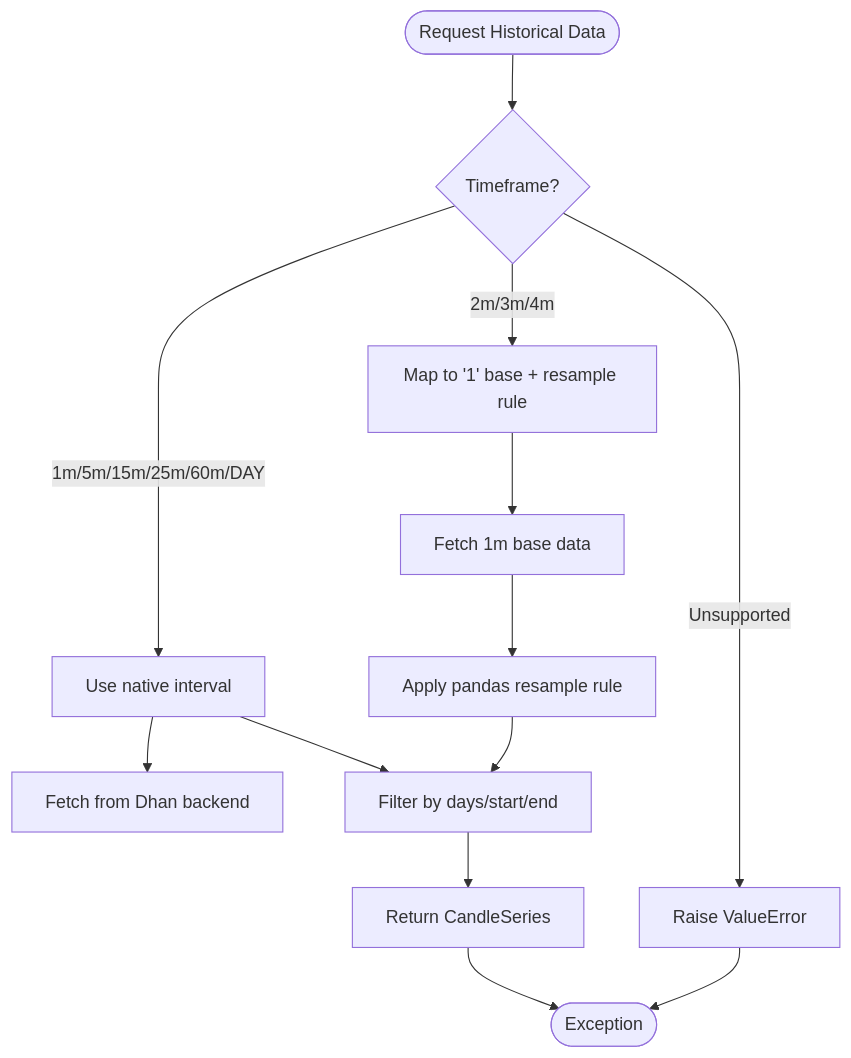
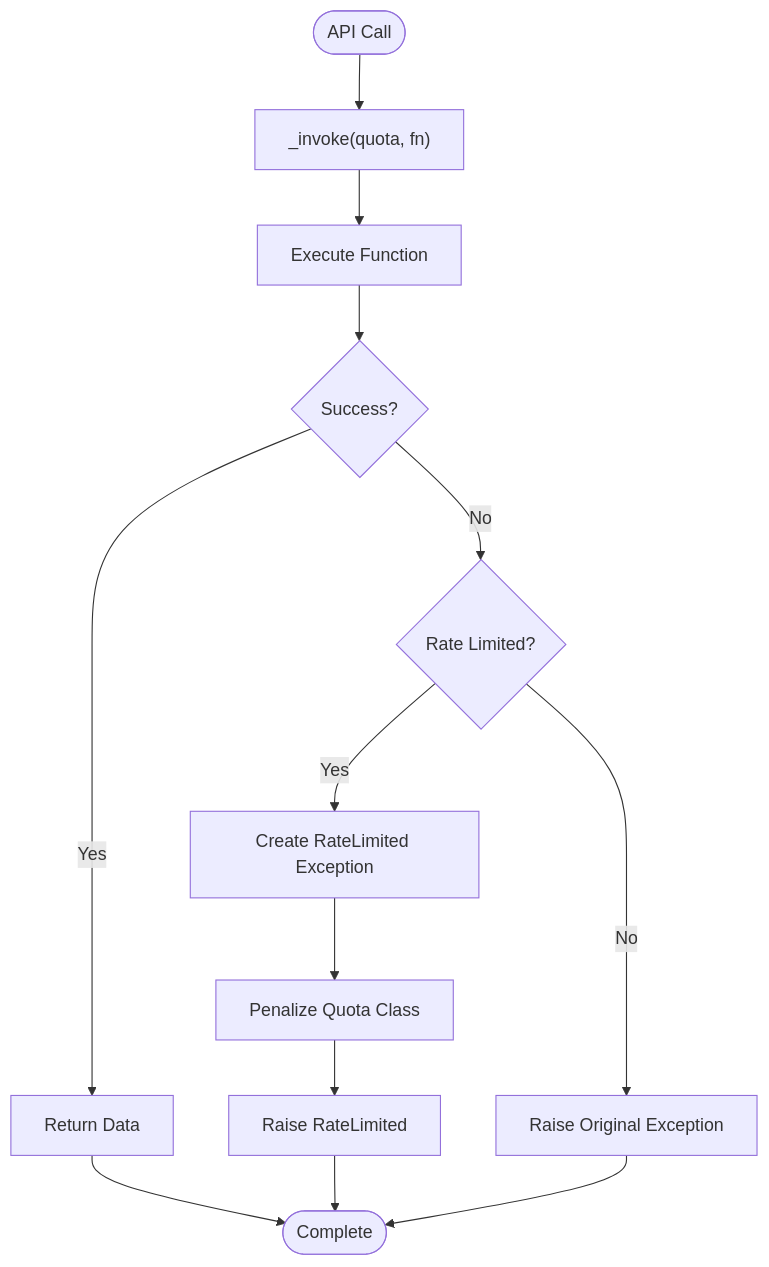
One commit to Ganesh-Kusundal/nTrade changed the fifth of 17 diagrams in .qoder/repowiki/en/content/Broker Integration/Dhan Broker Implementation.md. Above: the diagram before and after it, drawn with Mermaid. The commit also changed other lines of this file and 2201 other files, not shown here.

Commit message:
Integrate completeness: live runner hardening, broker adapter layers, rate-limiting infrastructure, data pipeline (parquet OHLCV + ingestion scripts), contract testing framework, options analytics, and updated architecture/knowledge docs

````diff
--- a/.qoder/repowiki/en/content/Broker Integration/Dhan Broker Implementation.md
+++ b/.qoder/repowiki/en/content/Broker Integration/Dhan Broker Implementation.md
@@ -198,15 +275,15 @@
 ```mermaid
 flowchart TD
-Start(["Request Historical Data"]) --> CheckTF{"Timeframe?"}
-CheckTF --> |1m/5m/15m/25m/60m/DAY| Native["Use native interval"]
-CheckTF --> |2m/3m/4m| Resample["Map to '1' base + resample rule"]
-CheckTF --> |Unsupported| Error["Raise ValueError"]
-Native --> Fetch["Fetch from Dhan backend"]
-Resample --> Fetch1m["Fetch 1m base data"]
-Fetch1m --> ResampleDF["Apply pandas resample rule"]
-ResampleDF --> Filter["Filter by days/start/end"]
-Native --> Filter
-Filter --> Return["Return CandleSeries"]
-Error --> End(["Exception"])
-Return --> End
+Start(["API Call"]) --> Invoke["_invoke(quota, fn)"]
+Invoke --> Execute["Execute Function"]
+Execute --> Success{"Success?"}
+Success --> |Yes| ReturnData["Return Data"]
+Success --> |No| CheckRateLimit{"Rate Limited?"}
+CheckRateLimit --> |Yes| CreateRL["Create RateLimited Exception"]
+CreateRL --> Penalize["Penalize Quota Class"]
+Penalize --> RaiseRL["Raise RateLimited"]
+CheckRateLimit --> |No| RaiseError["Raise Original Exception"]
+ReturnData --> End(["Complete"])
+RaiseRL --> End
+RaiseError --> End
 ```
````
